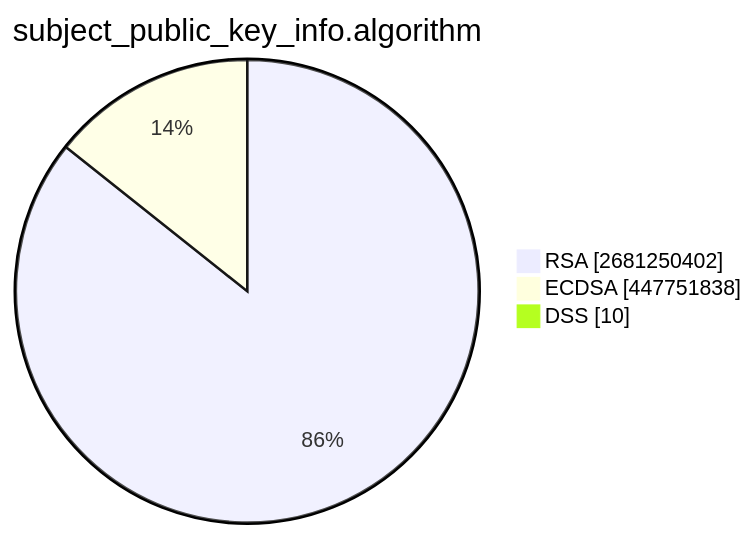
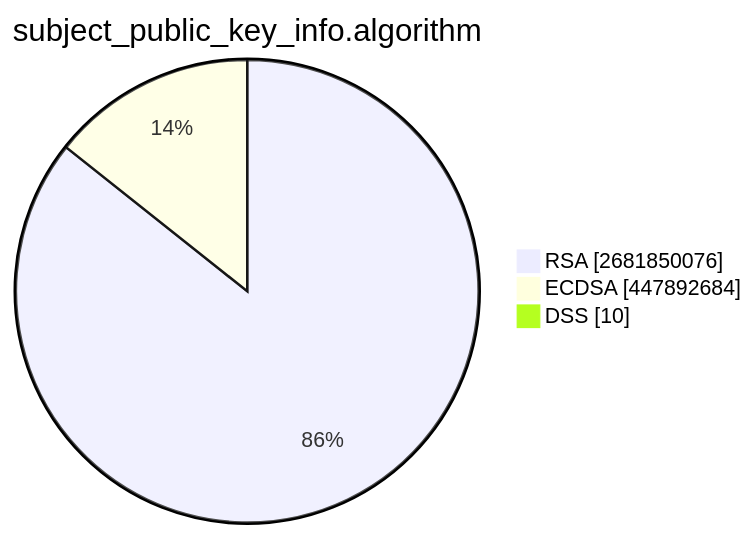
The second of 15 diagrams in TOTAL/README.md (christiankrug/ctmonitor_visualization), drawn with Mermaid before and after one commit. The commit also changed other lines of this file, not shown here.

````diff
--- a/TOTAL/README.md
+++ b/TOTAL/README.md
@@ -6,7 +6,7 @@
 ```mermaid
 pie showData
 title subject_public_key_info.algorithm
-"RSA" :2681250402
-"ECDSA" :447751838
+"RSA" :2681850076
+"ECDSA" :447892684
 "DSS" :10
 ```
````
